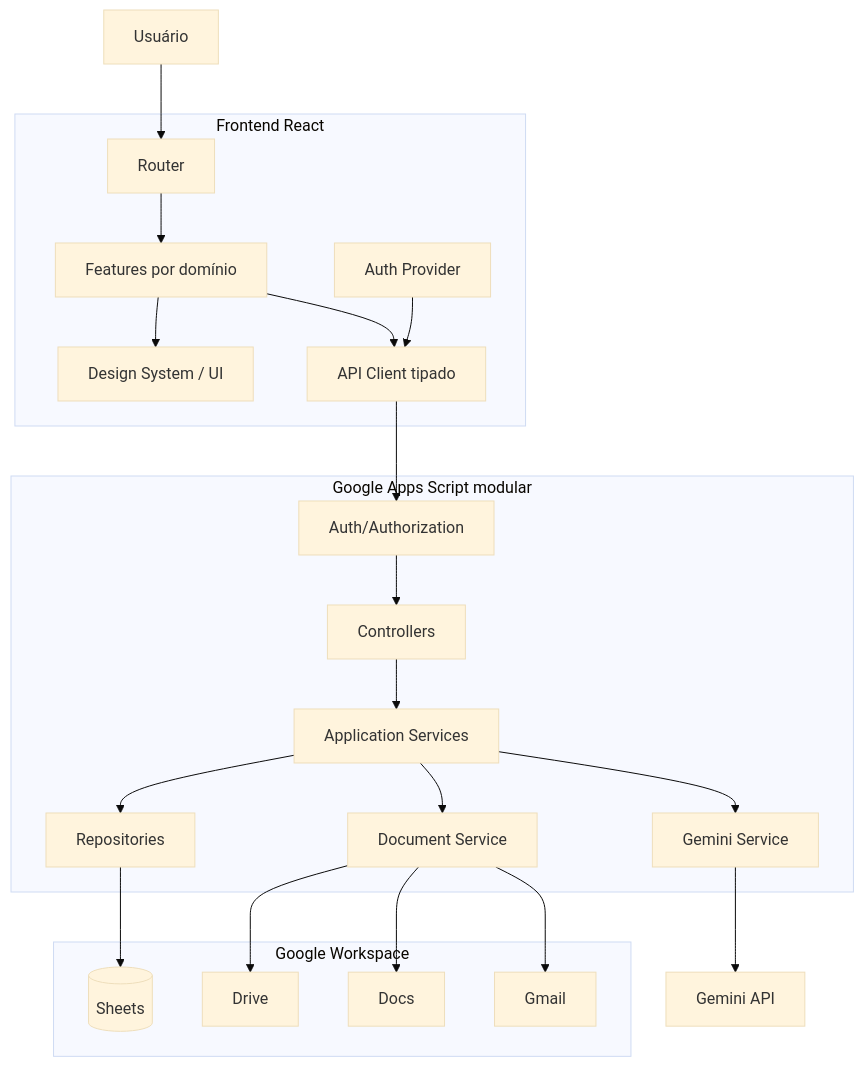
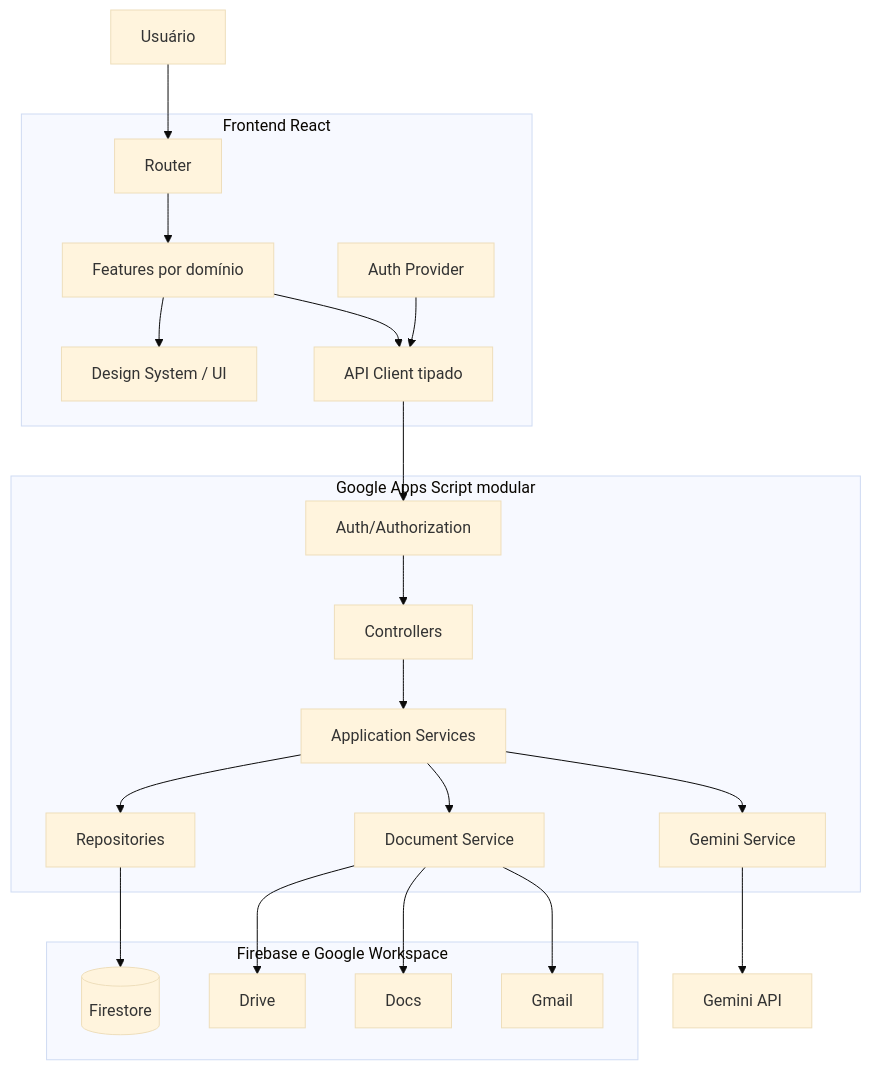
Before and after one commit to Mauriston/DoencasEPareceresJRS: the fourth of 4 diagrams in docs/architecture.md, drawn with Mermaid (base theme). The commit also changed other lines of this file and 11 other files, not shown here.

````diff
--- a/docs/architecture.md
+++ b/docs/architecture.md
@@ -740,43 +677,43 @@
 ```mermaid
 flowchart TB
     subgraph Client[Frontend React]
         ROUTER[Router]
         FEATURES[Features por domínio]
         UI[Design System / UI]
         API[API Client tipado]
         AUTH[Auth Provider]
     end
 
     subgraph Backend[Google Apps Script modular]
         CTRL[Controllers]
         APP[Application Services]
         REPO[Repositories]
         DOC[Document Service]
         AI[Gemini Service]
         SEC[Auth/Authorization]
     end
 
-    subgraph Data[Google Workspace]
-        SHEETS[(Sheets)]
+    subgraph Data[Firebase e Google Workspace]
+        FS[(Firestore)]
         DRIVE[Drive]
         DOCS[Docs]
         GMAIL[Gmail]
     end
 
     USER[Usuário] --> ROUTER
     ROUTER --> FEATURES
     FEATURES --> UI
     FEATURES --> API
     AUTH --> API
     API --> SEC
     SEC --> CTRL
     CTRL --> APP
     APP --> REPO
     APP --> DOC
     APP --> AI
-    REPO --> SHEETS
+    REPO --> FS
     DOC --> DRIVE
     DOC --> DOCS
     DOC --> GMAIL
     AI --> GEMINI[Gemini API]
 ```
````
